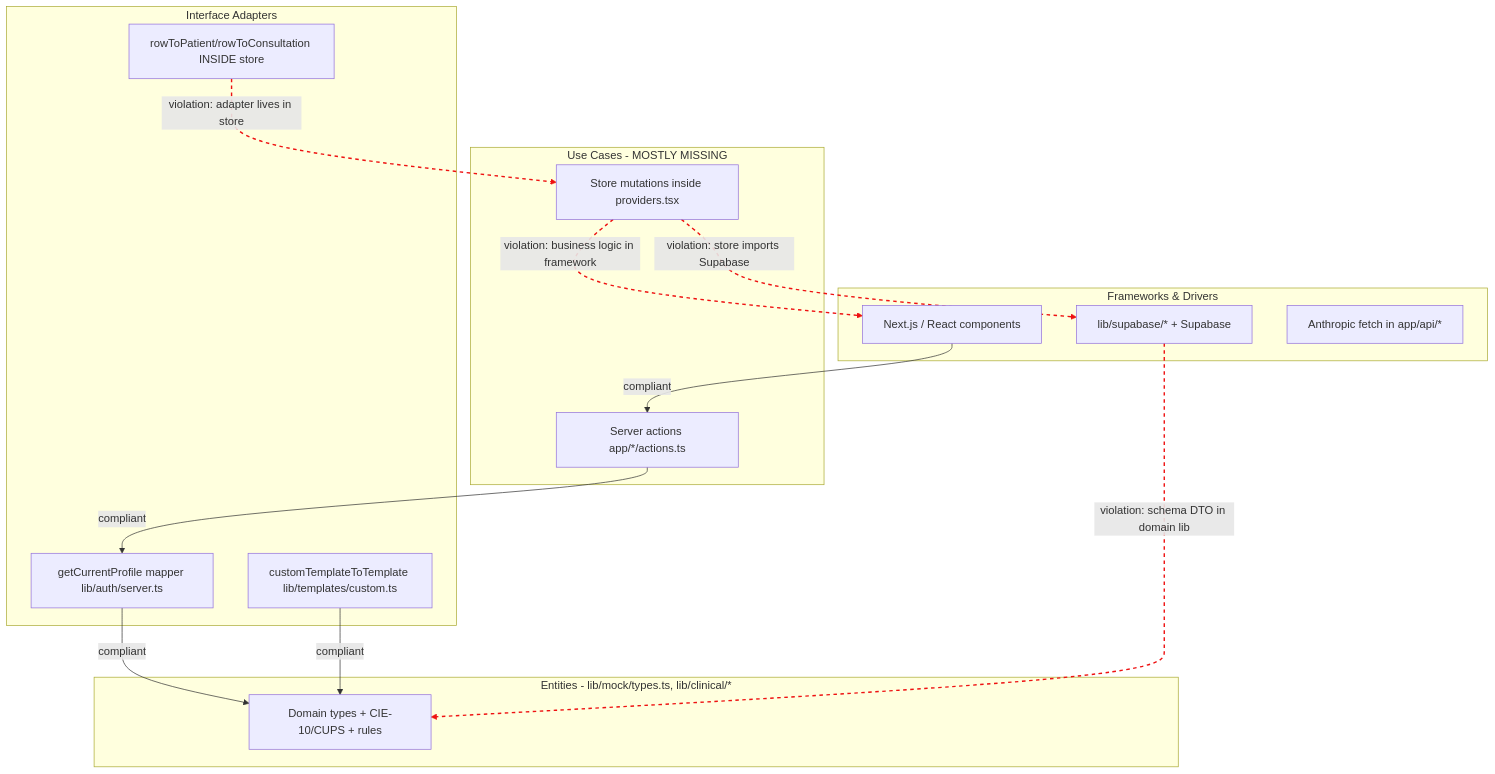
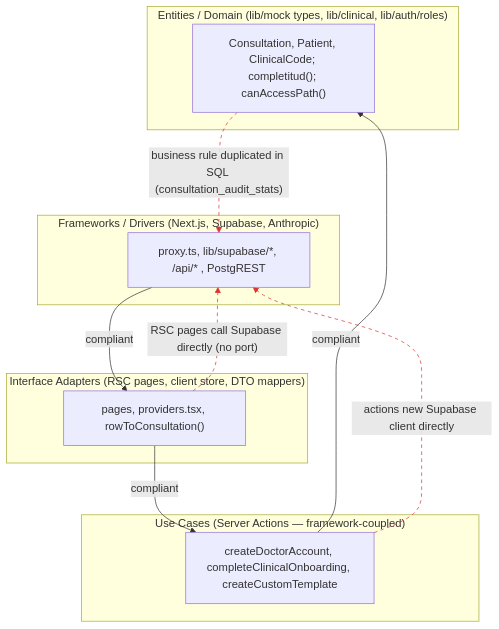
The fifth of 6 diagrams in architecture-infrastructure.md (joseph1356k/Pagina-web-clientes-final), drawn with Mermaid before and after one commit. The commit also changed other lines of this file and 39 other files, not shown here.

````diff
--- a/architecture-infrastructure.md
+++ b/architecture-infrastructure.md
@@ -402,29 +491,27 @@
 ```mermaid
 flowchart TD
-    subgraph Entities[Entities - lib/mock/types.ts, lib/clinical/*]
-        E1[Domain types + CIE-10/CUPS + rules]
+    subgraph Entities["Entities / Domain (lib/mock types, lib/clinical, lib/auth/roles)"]
+        E["Consultation, Patient, ClinicalCode; completitud(); canAccessPath()"]
     end
-    subgraph UseCases[Use Cases - MOSTLY MISSING]
-        U1[Server actions app/*/actions.ts]
-        U2[Store mutations inside providers.tsx]
+    subgraph UseCases["Use Cases (Server Actions — framework-coupled)"]
+        UC["createDoctorAccount, completeClinicalOnboarding, createCustomTemplate"]
     end
-    subgraph Adapters[Interface Adapters]
-        A1[getCurrentProfile mapper lib/auth/server.ts]
-        A2[customTemplateToTemplate lib/templates/custom.ts]
-        A3[rowToPatient/rowToConsultation INSIDE store]
+    subgraph Interface["Interface Adapters (RSC pages, client store, DTO mappers)"]
+        IA["pages, providers.tsx, rowToConsultation()"]
     end
-    subgraph Frameworks[Frameworks & Drivers]
-        F1[Next.js / React components]
-        F2[lib/supabase/* + Supabase]
-        F3[Anthropic fetch in app/api/*]
+    subgraph Frameworks["Frameworks / Drivers (Next.js, Supabase, Anthropic)"]
+        FW["proxy.ts, lib/supabase/*, /api/* , PostgREST"]
     end
-    F1 -->|compliant| U1
-    U1 -->|compliant| A1
-    A1 -->|compliant| E1
-    A2 -->|compliant| E1
-    U2 -. violation: store imports Supabase .-> F2
-    U2 -. violation: business logic in framework .-> F1
-    A3 -. violation: adapter lives in store .-> U2
-    F2 -. violation: schema DTO in domain lib .-> E1
-    linkStyle 4,5,6,7 stroke:#e11,stroke-width:2px,stroke-dasharray:5 5
+
+    IA -->|compliant| UC
+    UC -->|compliant| E
+    FW -->|compliant| IA
+
+    IA -. "RSC pages call Supabase directly (no port)" .-> FW
+    UC -. "actions new Supabase client directly" .-> FW
+    E  -. "business rule duplicated in SQL (consultation_audit_stats)" .-> FW
+
+    linkStyle 3 stroke:#d33,stroke-dasharray:5 5
+    linkStyle 4 stroke:#d33,stroke-dasharray:5 5
+    linkStyle 5 stroke:#d33,stroke-dasharray:5 5
 ```
````
